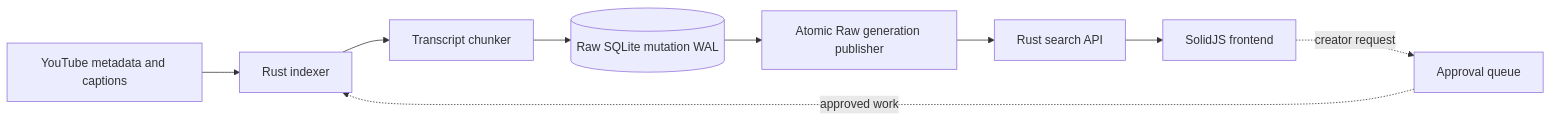
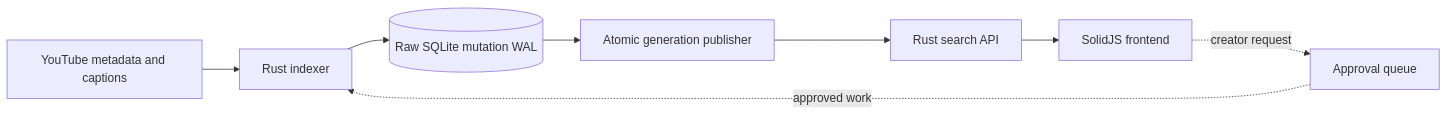
One commit to Priyansh4444/ytsearch changed the diagram in README.md. Above: the diagram before and after it, drawn with Mermaid. The commit also changed other lines of this file and 7 other files, not shown here.

````diff
--- a/README.md
+++ b/README.md
@@ -31,11 +25,10 @@
 ```mermaid
 flowchart LR
     YT[YouTube metadata and captions] --> INDEXER[Rust indexer]
-    INDEXER --> CHUNKS[Transcript chunker]
-    CHUNKS --> WAL[(Raw SQLite mutation WAL)]
-    WAL --> PUBLISH[Atomic Raw generation publisher]
+    INDEXER --> WAL[(Raw SQLite mutation WAL)]
+    WAL --> PUBLISH[Atomic generation publisher]
     PUBLISH --> API[Rust search API]
     API --> WEB[SolidJS frontend]
     WEB -. creator request .-> QUEUE[Approval queue]
     QUEUE -. approved work .-> INDEXER
 ```
````
